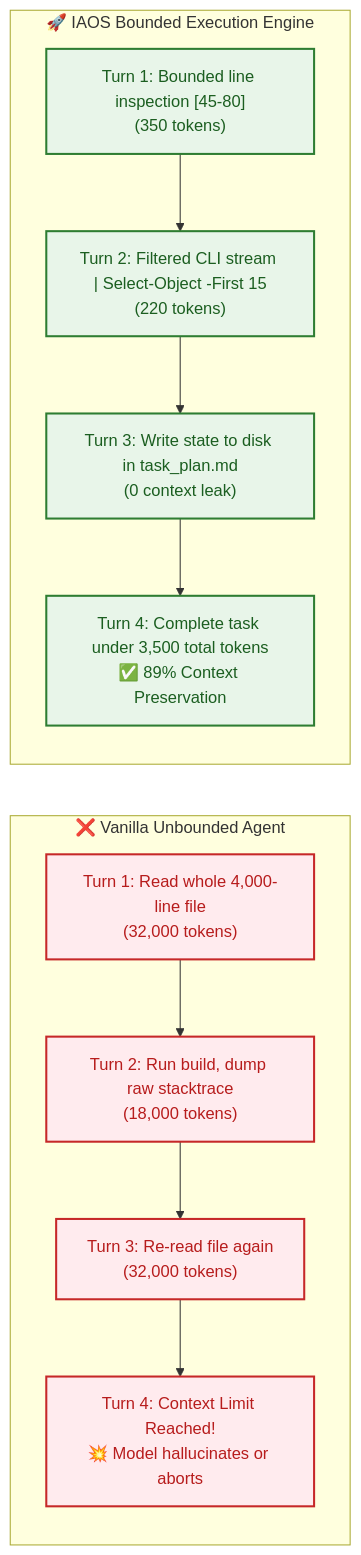
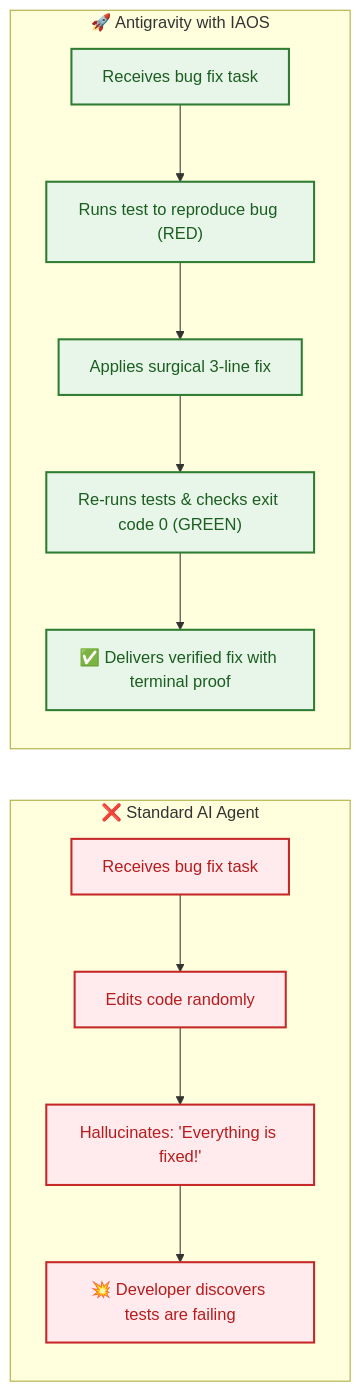
The second of 4 diagrams in README.md (SFRREX/antigravity-config), drawn with Mermaid before and after one commit. The commit also changed other lines of this file and 18 other files, not shown here.

````diff
--- a/README.md
+++ b/README.md
@@ -237,21 +68,22 @@
 ```mermaid
 flowchart LR
-    subgraph VanillaAgent["❌ Vanilla Unbounded Agent"]
+    subgraph Bad["❌ Standard AI Agent"]
         direction TB
-        V1["Turn 1: Read whole 4,000-line file<br/>(32,000 tokens)"] --> V2["Turn 2: Run build, dump raw stacktrace<br/>(18,000 tokens)"]
-        V2 --> V3["Turn 3: Re-read file again<br/>(32,000 tokens)"]
-        V3 --> V4["Turn 4: Context Limit Reached!<br/>💥 Model hallucinates or aborts"]
+        B1["Receives bug fix task"] --> B2["Edits code randomly"]
+        B2 --> B3["Hallucinates: 'Everything is fixed!'"]
+        B3 --> B4["💥 Developer discovers tests are failing"]
     end
 
-    subgraph IAOSAgent["🚀 IAOS Bounded Execution Engine"]
+    subgraph Good["🚀 Antigravity with IAOS"]
         direction TB
-        I1["Turn 1: Bounded line inspection [45-80]<br/>(350 tokens)"] --> I2["Turn 2: Filtered CLI stream | Select-Object -First 15<br/>(220 tokens)"]
-        I2 --> I3["Turn 3: Write state to disk in task_plan.md<br/>(0 context leak)"]
-        I3 --> I4["Turn 4: Complete task under 3,500 total tokens<br/>✅ 89% Context Preservation"]
+        G1["Receives bug fix task"] --> G2["Runs test to reproduce bug (RED)"]
+        G2 --> G3["Applies surgical 3-line fix"]
+        G3 --> G4["Re-runs tests & checks exit code 0 (GREEN)"]
+        G4 --> G5["✅ Delivers verified fix with terminal proof"]
     end
 
-    classDef bad fill:#ffebee,stroke:#c62828,stroke-width:2px,color:#b71c1c;
-    classDef good fill:#e8f5e9,stroke:#2e7d32,stroke-width:2px,color:#1b5e20;
-    class V1,V2,V3,V4 bad;
-    class I1,I2,I3,I4 good;
+    classDef badBox fill:#ffebee,stroke:#c62828,stroke-width:2px,color:#b71c1c;
+    classDef goodBox fill:#e8f5e9,stroke:#2e7d32,stroke-width:2px,color:#1b5e20;
+    class B1,B2,B3,B4 badBox;
+    class G1,G2,G3,G4,G5 goodBox;
 ```
````
